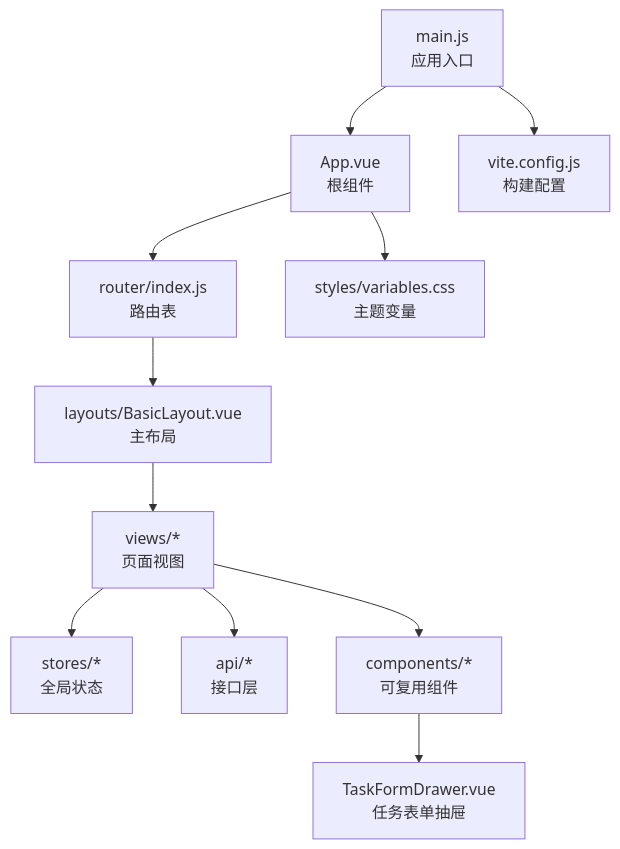
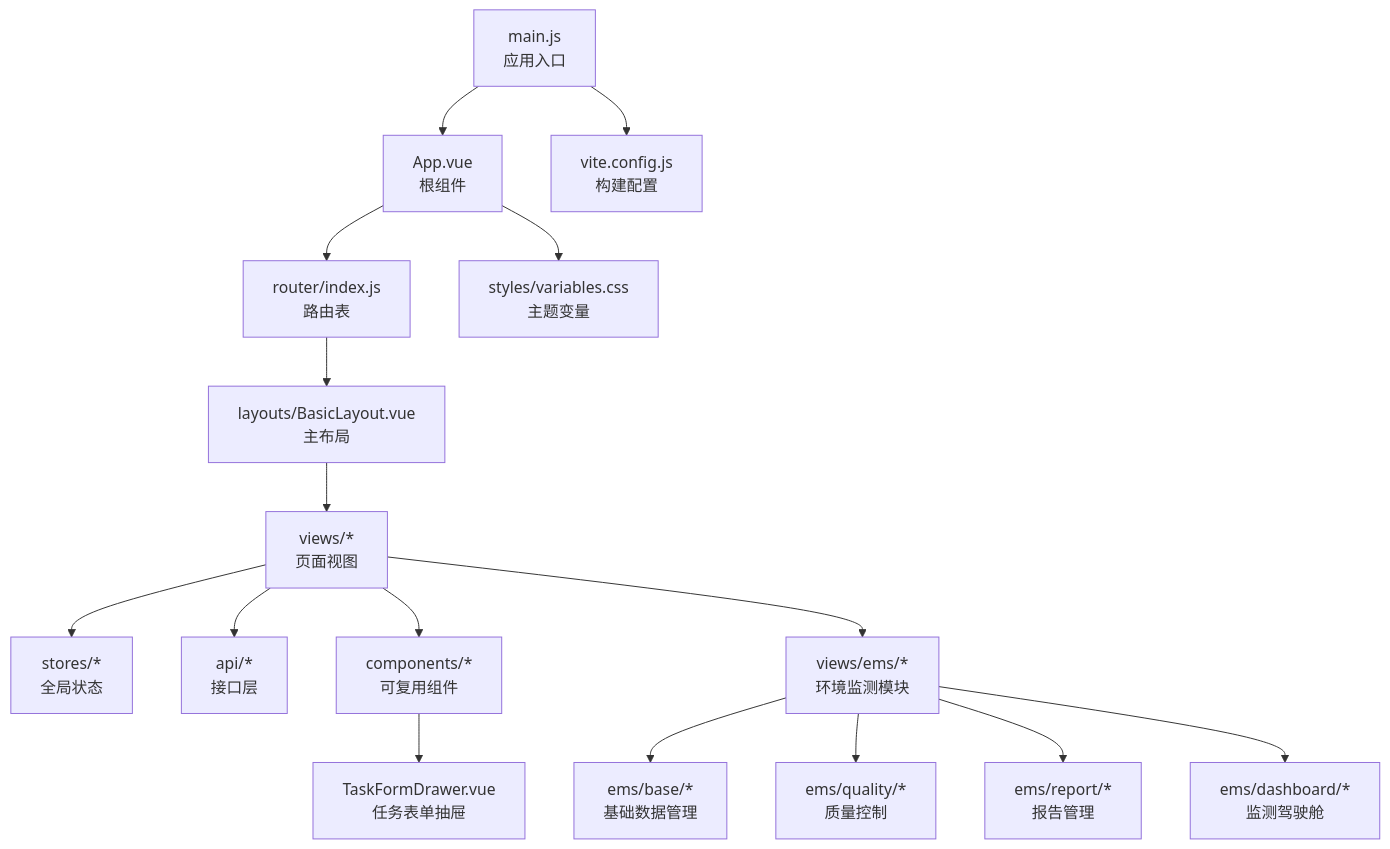
One commit to liming-lihaini/workflow changed the first of 16 diagrams in .qoder/repowiki/zh/content/用户界面设计/用户界面设计.md. Above: the diagram before and after it, drawn with Mermaid. The commit also changed other lines of this file and 45 other files, not shown here.

````diff
--- a/.qoder/repowiki/zh/content/用户界面设计/用户界面设计.md
+++ b/.qoder/repowiki/zh/content/用户界面设计/用户界面设计.md
@@ -82,13 +83,18 @@
 ```mermaid
 graph TB
 A["main.js<br/>应用入口"] --> B["App.vue<br/>根组件"]
 B --> C["router/index.js<br/>路由表"]
 C --> D["layouts/BasicLayout.vue<br/>主布局"]
 D --> E["views/*<br/>页面视图"]
 E --> F["stores/*<br/>全局状态"]
 E --> G["api/*<br/>接口层"]
 E --> H["components/*<br/>可复用组件"]
 H --> I["TaskFormDrawer.vue<br/>任务表单抽屉"]
 B --> J["styles/variables.css<br/>主题变量"]
 A --> K["vite.config.js<br/>构建配置"]
+E --> L["views/ems/*<br/>环境监测模块"]
+L --> M["ems/base/*<br/>基础数据管理"]
+L --> N["ems/quality/*<br/>质量控制"]
+L --> O["ems/report/*<br/>报告管理"]
+L --> P["ems/dashboard/*<br/>监测驾驶舱"]
 ```
````
